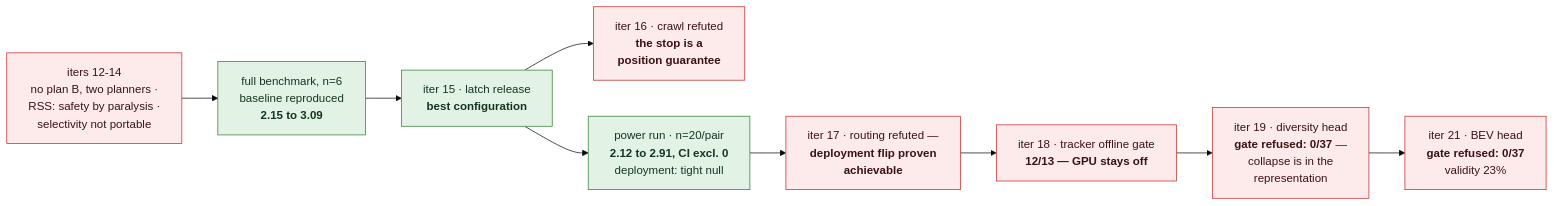
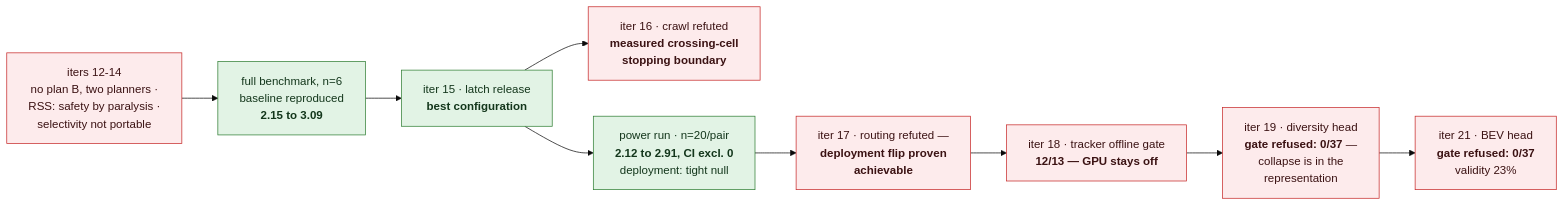
Before and after one commit to manfromnowhere143/sentinel: the second of 6 diagrams in README.md, drawn with Mermaid (base theme). The commit also changed other lines of this file and 16 other files, not shown here.

````diff
--- a/README.md
+++ b/README.md
@@ -399,16 +400,16 @@
 ```mermaid
 flowchart LR
   N12["iters 12-14<br/>no plan B, two planners ·<br/>RSS: safety by paralysis ·<br/>selectivity not portable"] --> F14["full benchmark, n=6<br/>baseline reproduced<br/><b>2.15 to 3.09</b>"]
   F14 --> R15["iter 15 · latch release<br/><b>best configuration</b>"]
-  R15 --> X16["iter 16 · crawl refuted<br/><b>the stop is a<br/>position guarantee</b>"]
+  R15 --> X16["iter 16 · crawl refuted<br/><b>measured crossing-cell<br/>stopping boundary</b>"]
   R15 --> P20["power run · n=20/pair<br/><b>2.12 to 2.91, CI excl. 0</b><br/>deployment: tight null"]
   P20 --> X17["iter 17 · routing refuted —<br/><b>deployment flip proven<br/>achievable</b>"]
   X17 --> X18["iter 18 · tracker offline gate<br/><b>12/13 — GPU stays off</b>"]
   X18 --> H19["iter 19 · diversity head<br/><b>gate refused: 0/37</b> —<br/>collapse is in the<br/>representation"]
   H19 --> H21["iter 21 · BEV head<br/><b>gate refused: 0/37</b><br/>validity 23%"]
   classDef win fill:#e2f3e5,stroke:#2e7d32,color:#13361b;
   classDef bad fill:#fdebec,stroke:#c62828,color:#3b1213;
   class F14,R15,P20 win;
   class N12,X16,X17,X18 bad;
   class H19,H21 bad;
 ```
````
